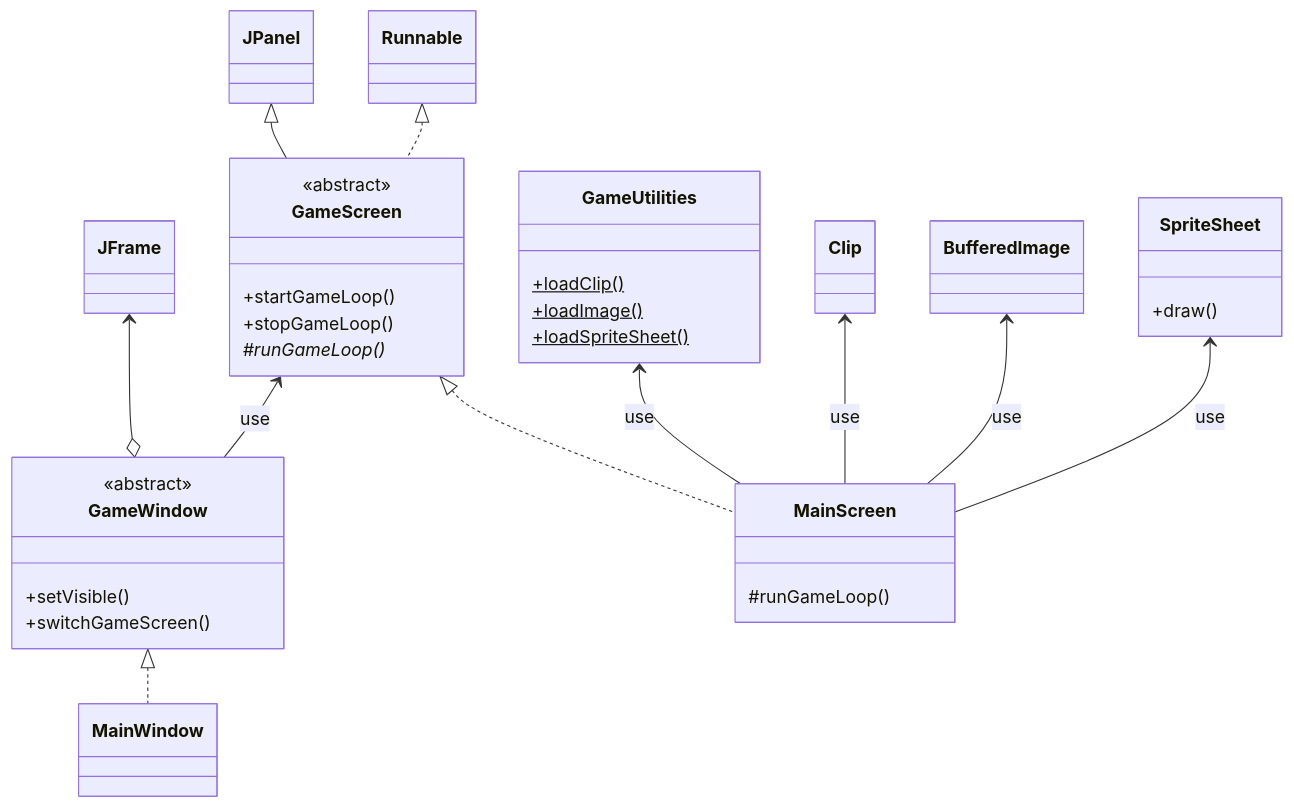
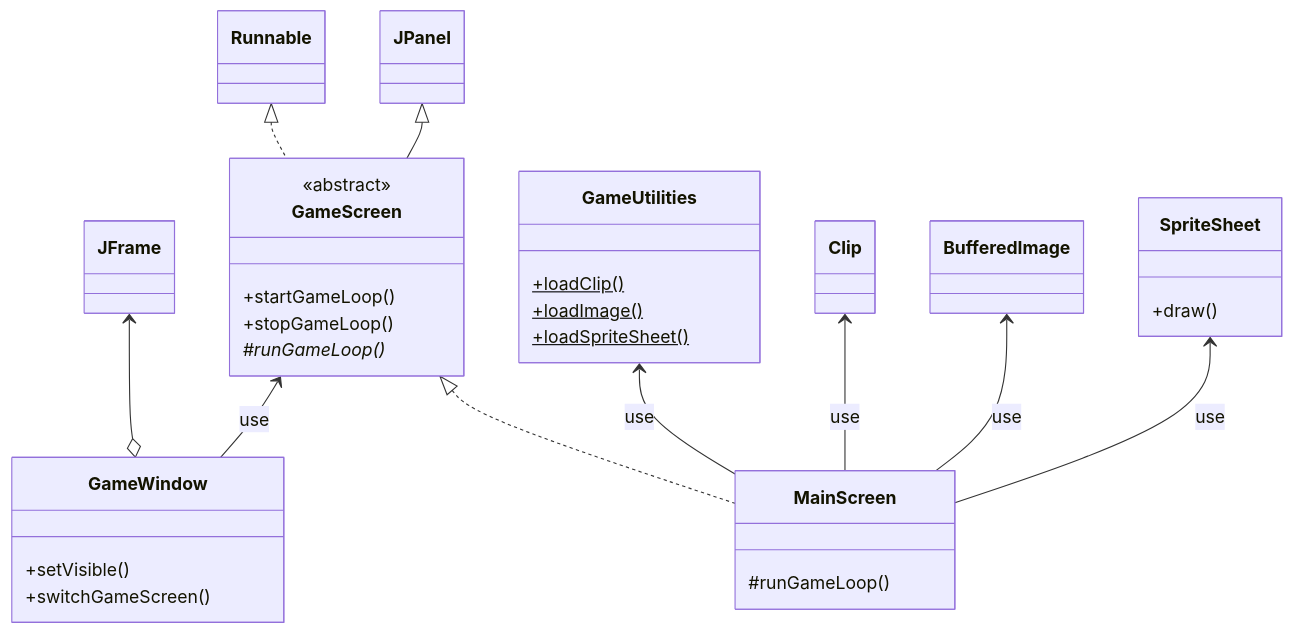
The diagram in README.md (mpp0xdd/JGLib), drawn with Mermaid before and after one commit. The commit also changed 1 other file, not shown here.

Commit message:
GameWindowを具象クラスにする

````diff
--- a/README.md
+++ b/README.md
@@ -3,35 +3,33 @@
 ```mermaid
 classDiagram
   JFrame <--o GameWindow
   JPanel <|-- GameScreen
   Runnable <|.. GameScreen
-  GameWindow <|.. MainWindow
   GameScreen <|.. MainScreen
   GameScreen <-- GameWindow : use
   GameUtilities <-- MainScreen : use
   Clip <-- MainScreen :use
   BufferedImage <-- MainScreen : use
   SpriteSheet <-- MainScreen :use
   class GameWindow {
-    <<abstract>>
     +setVisible()
     +switchGameScreen()
   }
   class GameScreen {
     <<abstract>>
     +startGameLoop()
     +stopGameLoop()
     #runGameLoop()*
   }
   class MainScreen {
     #runGameLoop()
   }
   class GameUtilities {
     +loadClip()$
     +loadImage()$
     +loadSpriteSheet()$
   }
   class SpriteSheet {
     +draw()
   }
 ```
````
